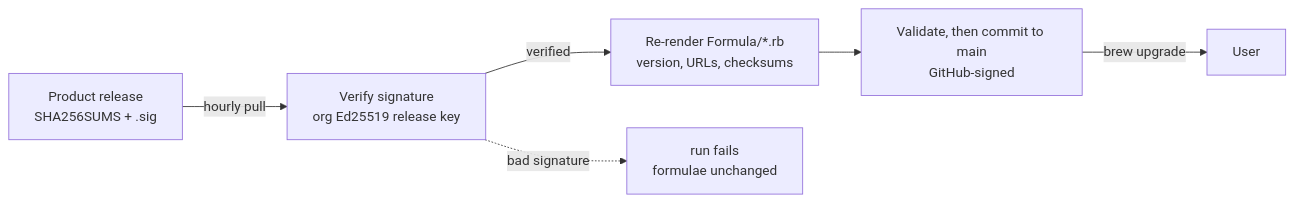
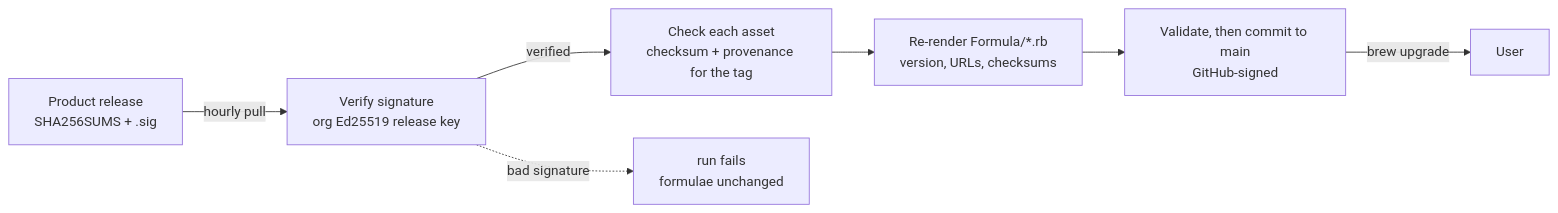
Before and after one commit to Glyndor/homebrew-tap: the diagram in README.md, drawn with Mermaid. The commit also changed other lines of this file and 5 other files, not shown here.

````diff
--- a/README.md
+++ b/README.md
@@ -40,8 +43,9 @@
 ```mermaid
 flowchart LR
   R["Product release<br/>SHA256SUMS + .sig"] -->|hourly pull| V["Verify signature<br/>org Ed25519 release key"]
-  V -->|verified| G["Re-render Formula/*.rb<br/>version, URLs, checksums"]
+  V -->|verified| P["Check each asset<br/>checksum + provenance for the tag"]
+  P --> G["Re-render Formula/*.rb<br/>version, URLs, checksums"]
   G --> C["Validate, then commit to main<br/>GitHub-signed"]
   C -->|brew upgrade| U["User"]
   V -.->|bad signature| X["run fails<br/>formulae unchanged"]
 ```
````
